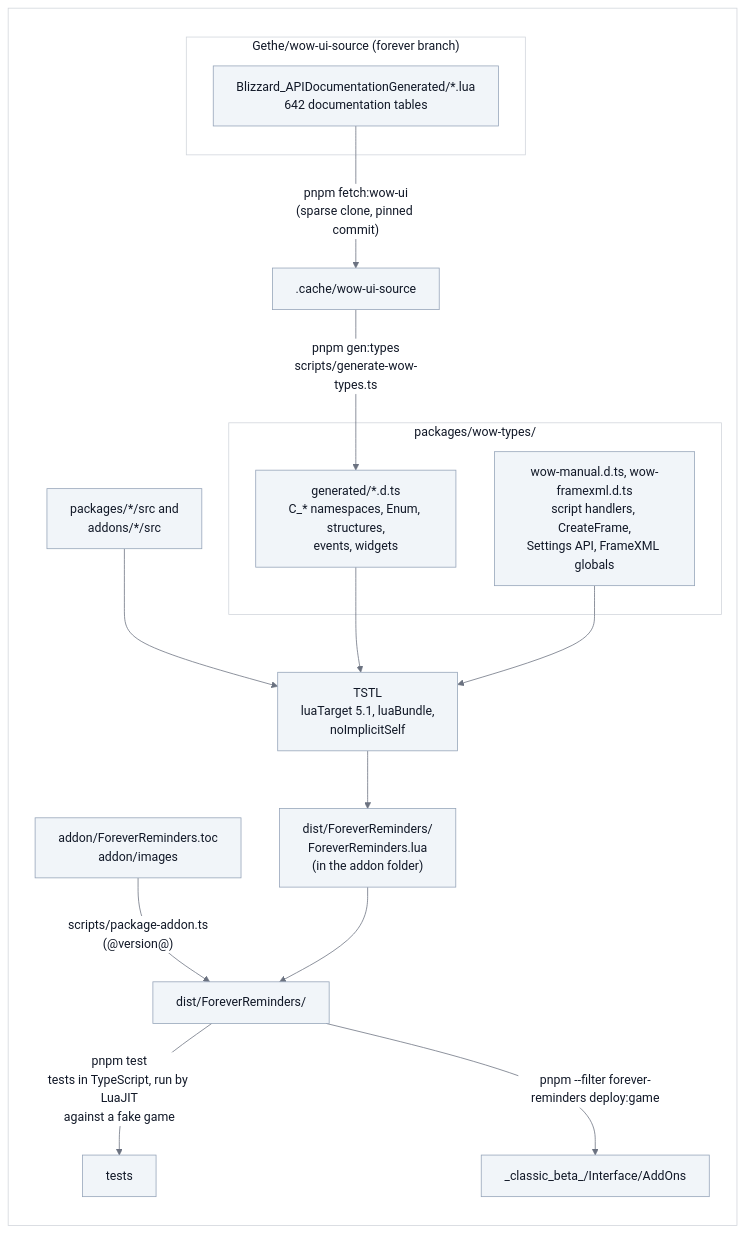
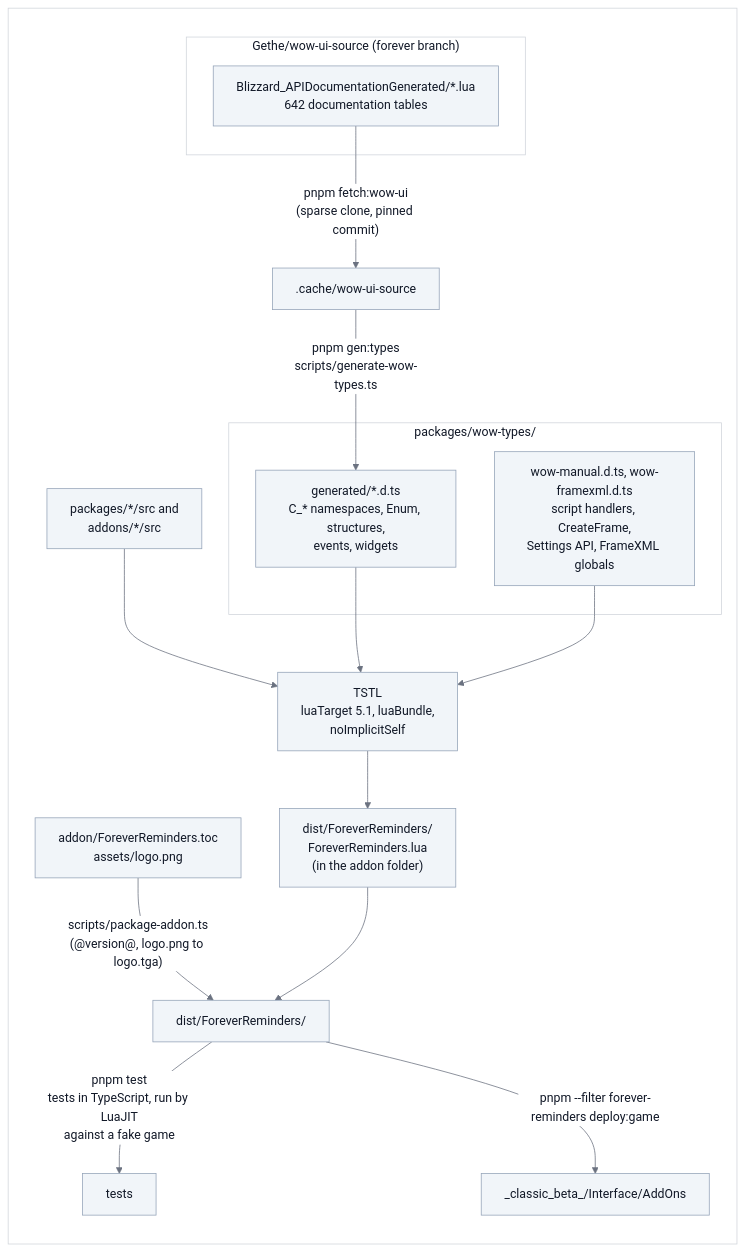
The first of 7 diagrams in docs/architecture.md (vattiss/wowkit), drawn with Mermaid before and after one commit. The commit also changed 6 other files, not shown here.

First line of the commit message:
build: make the game icon from assets/logo.png

````diff
--- a/docs/architecture.md
+++ b/docs/architecture.md
@@ -42,29 +42,29 @@
 ```mermaid
 %%{init: {"theme":"base","themeVariables":{"background":"#ffffff","lineColor":"#6b7280","textColor":"#111827","primaryColor":"#f1f5f9","primaryTextColor":"#111827","primaryBorderColor":"#94a3b8","secondaryColor":"#e2e8f0","tertiaryColor":"#ffffff","mainBkg":"#f1f5f9","nodeBorder":"#94a3b8","nodeTextColor":"#111827","titleColor":"#111827","edgeLabelBackground":"#ffffff","labelBackground":"#ffffff","labelTextColor":"#111827","clusterBkg":"#ffffff","clusterBorder":"#d1d5db","classText":"#111827","actorBkg":"#f1f5f9","actorTextColor":"#111827","actorBorder":"#94a3b8","actorLineColor":"#6b7280","signalColor":"#374151","signalTextColor":"#111827","noteBkgColor":"#fef9c3","noteTextColor":"#111827","noteBorderColor":"#ca8a04"}}}%%
 flowchart LR
     classDef default fill:#f1f5f9,stroke:#94a3b8,color:#111827
     subgraph PANEL[" "]
         subgraph upstream["Gethe/wow-ui-source (forever branch)"]
             docs["Blizzard_APIDocumentationGenerated/*.lua<br/>642 documentation tables"]
         end
 
         subgraph typings["packages/wow-types/"]
             generated["generated/*.d.ts<br/>C_* namespaces, Enum, structures,<br/>events, widgets"]
             manual["wow-manual.d.ts, wow-framexml.d.ts<br/>script handlers, CreateFrame,<br/>Settings API, FrameXML globals"]
         end
 
         docs -- "pnpm fetch:wow-ui<br/>(sparse clone, pinned commit)" --> cache[".cache/wow-ui-source"]
         cache -- "pnpm gen:types<br/>scripts/generate-wow-types.ts" --> generated
 
         src["packages/*/src and<br/>addons/*/src"] --> tstl["TSTL<br/>luaTarget 5.1, luaBundle,<br/>noImplicitSelf"]
         generated --> tstl
         manual --> tstl
         tstl --> lua["dist/ForeverReminders/<br/>ForeverReminders.lua<br/>(in the addon folder)"]
-        toc["addon/ForeverReminders.toc<br/>addon/images"] -- "scripts/package-addon.ts<br/>(@version@)" --> dist["dist/ForeverReminders/"]
+        toc["addon/ForeverReminders.toc<br/>assets/logo.png"] -- "scripts/package-addon.ts<br/>(@version@, logo.png to logo.tga)" --> dist["dist/ForeverReminders/"]
         lua --> dist
         dist -- "pnpm test<br/>tests in TypeScript, run by LuaJIT<br/>against a fake game" --> smoke["tests"]
         dist -- "pnpm --filter forever-reminders deploy:game" --> game["_classic_beta_/Interface/AddOns"]
     end
     classDef panel fill:#ffffff,stroke:#d1d5db,color:#111827
     class PANEL panel
 ```
````
